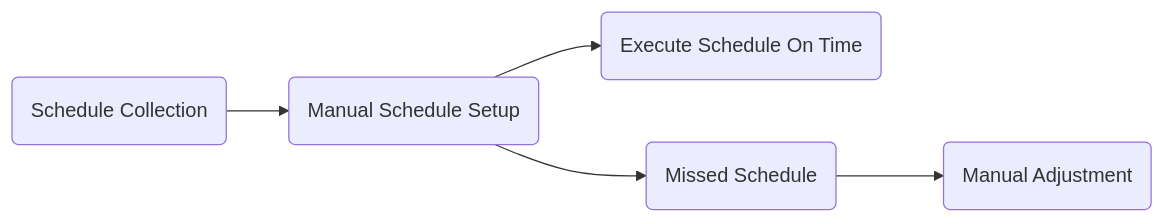
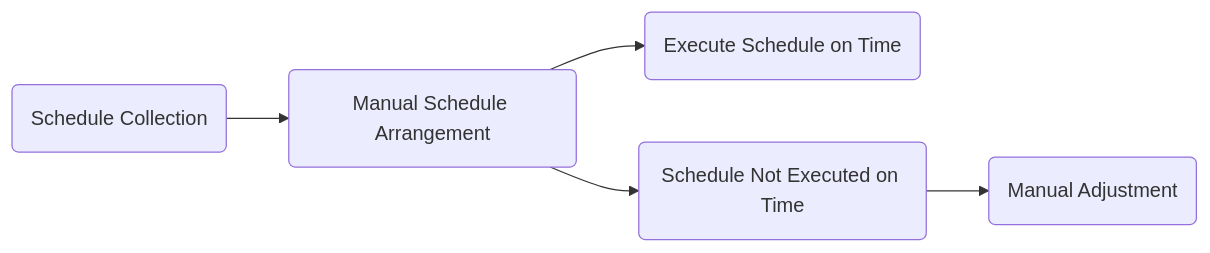
The first of 2 diagrams in content/blog/schedule-management-report/index.en.md (morethan987/hugo_main), drawn with Mermaid before and after one commit. The commit also changed other lines of this file and 10 other files, not shown here.

````diff
--- a/content/blog/schedule-management-report/index.en.md
+++ b/content/blog/schedule-management-report/index.en.md
@@ -48,5 +80,6 @@
-{{< mermaid >}}
-graph LR;
-id1("Schedule Collection")-->id2("Manual Schedule Setup")-->id3("Execute Schedule On Time");
-id2("Manual Schedule Setup")-->id4("Missed Schedule")-->id5("Manual Adjustment");
-{{< /mermaid >}}
+```mermaid  
+graph LR;  
+
+id1("Schedule Collection")-->id2("Manual Schedule Arrangement")-->id3("Execute Schedule on Time");  
+id2("Manual Schedule Arrangement")-->id4("Schedule Not Executed on Time")-->id5("Manual Adjustment");  
+```  
````
